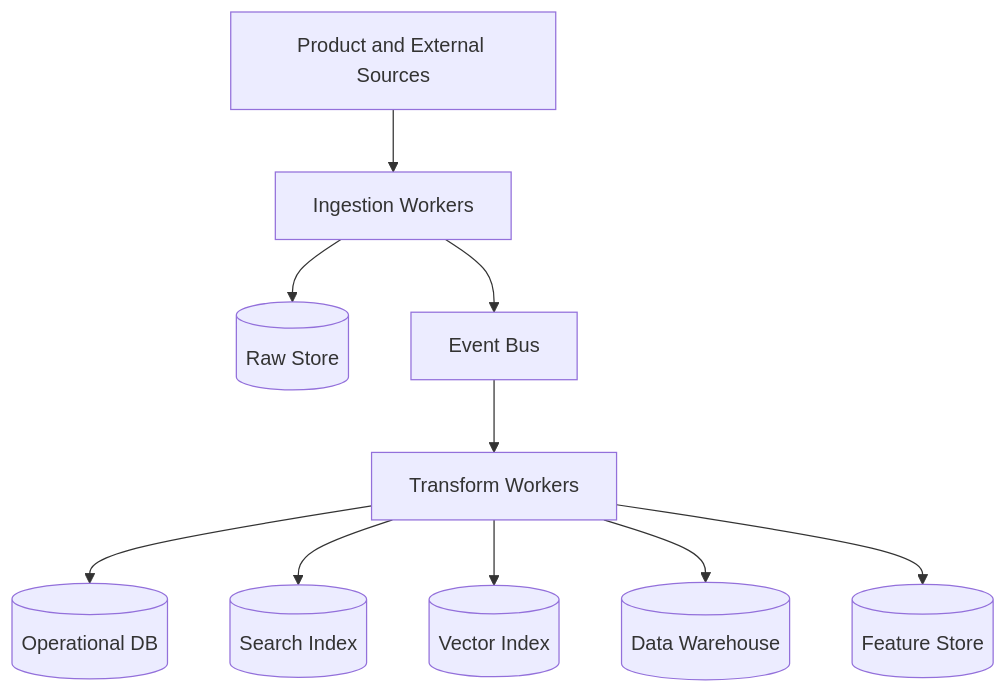
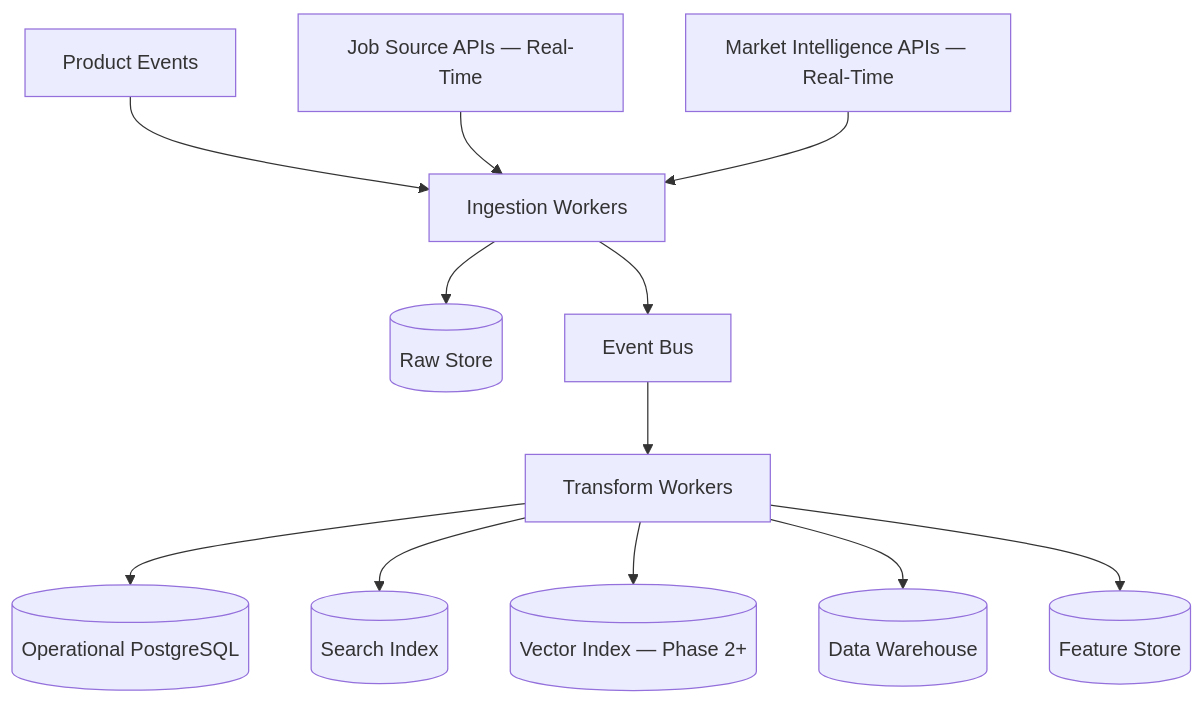
Before and after one commit to Mirzzie/Fadi: the diagram in docs/DATA_PIPELINE_ARCHITECTURE.md, drawn with Mermaid. The commit also changed other lines of this file and 65 other files, not shown here.

First line of the commit message:
docs: update architecture docs for Better Auth, Kai, and data sources

````diff
--- a/docs/DATA_PIPELINE_ARCHITECTURE.md
+++ b/docs/DATA_PIPELINE_ARCHITECTURE.md
@@ -20,12 +22,14 @@
 ```mermaid
 flowchart TD
-    Sources[Product and External Sources] --> Ingest[Ingestion Workers]
+    Product[Product Events] --> Ingest[Ingestion Workers]
+    JobAPIs[Job Source APIs — Real-Time] --> Ingest
+    MarketAPIs[Market Intelligence APIs — Real-Time] --> Ingest
     Ingest --> Raw[(Raw Store)]
     Ingest --> Events[Event Bus]
     Events --> Transform[Transform Workers]
-    Transform --> Operational[(Operational DB)]
+    Transform --> Operational[(Operational PostgreSQL)]
     Transform --> Search[(Search Index)]
-    Transform --> Vector[(Vector Index)]
+    Transform --> Vector[(Vector Index — Phase 2+)]
     Transform --> Warehouse[(Data Warehouse)]
     Transform --> Features[(Feature Store)]
 ```
````
